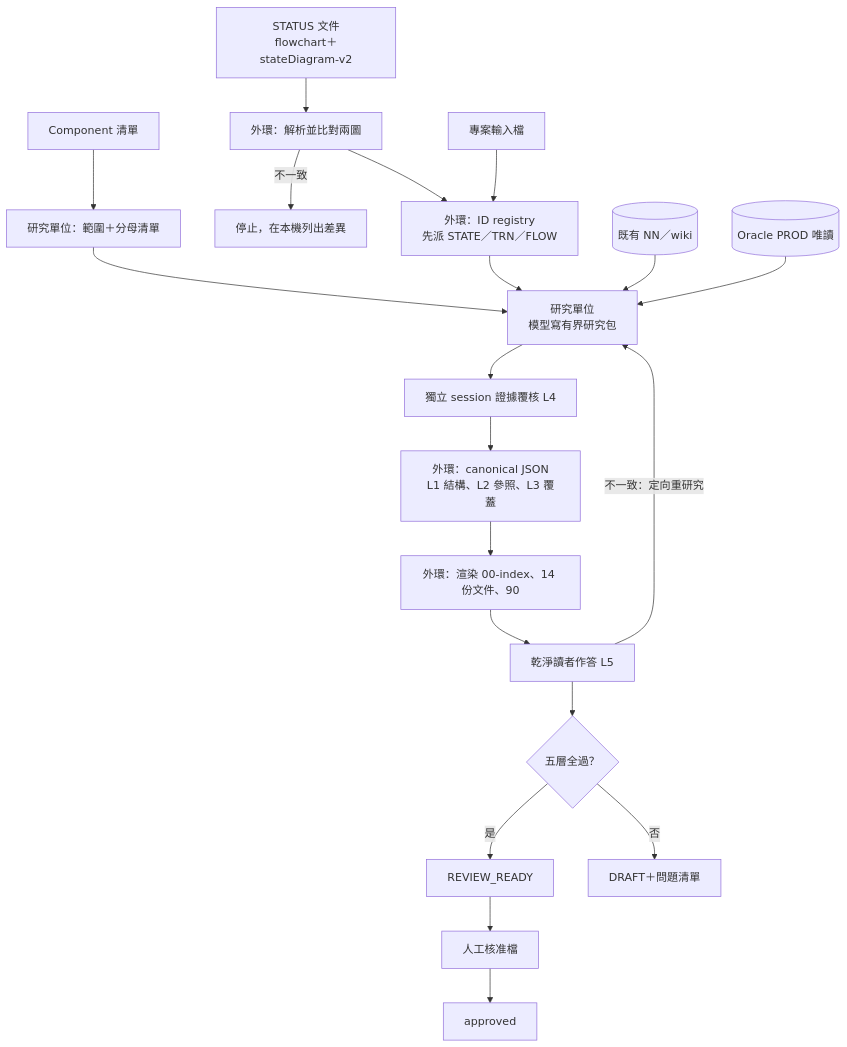
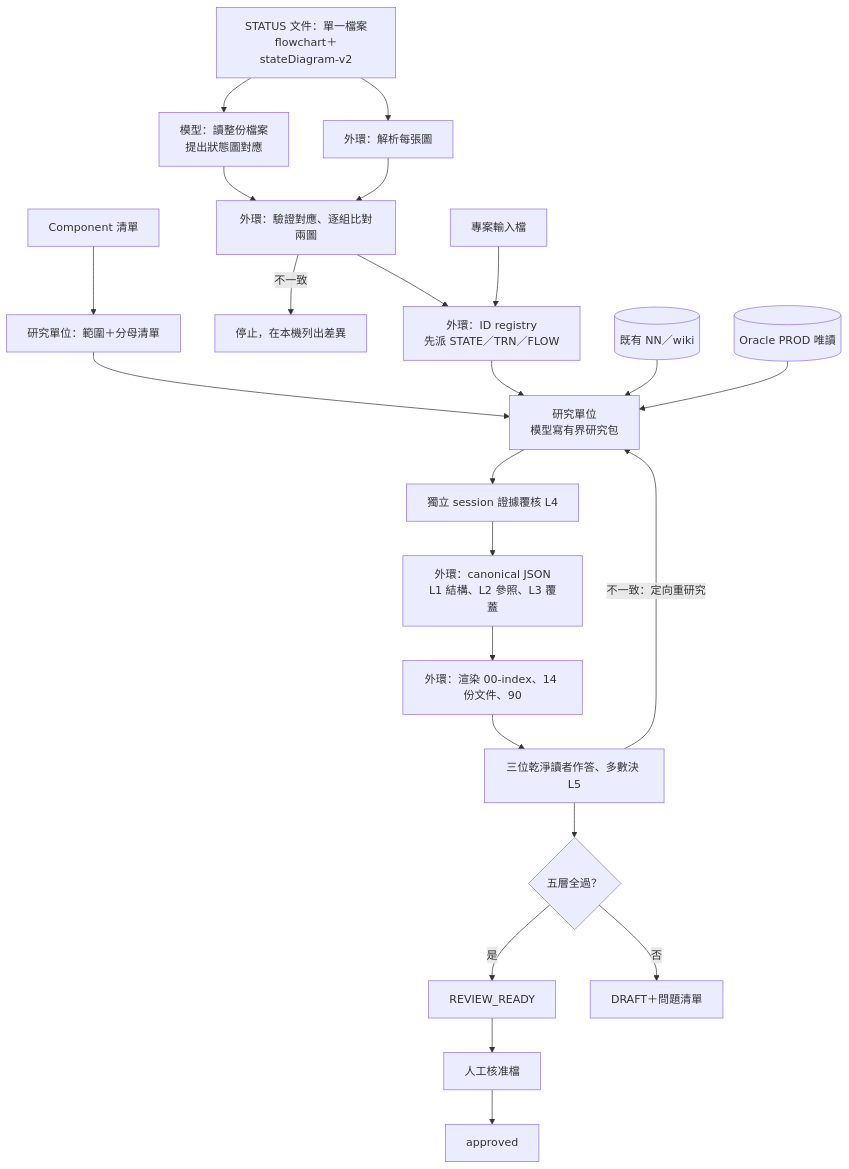
One commit to jonny50905/MCPSample changed the first of 2 diagrams in docs/design/spec-schema-framework.md. Above: the diagram before and after it, drawn with Mermaid. The commit also changed other lines of this file and 34 other files, not shown here.

````diff
--- a/docs/design/spec-schema-framework.md
+++ b/docs/design/spec-schema-framework.md
@@ -51,21 +53,24 @@
 ```mermaid
 flowchart TD
     C[Component 清單] --> SCOPE
-    S[STATUS 文件<br/>flowchart＋stateDiagram-v2] --> PARSE[外環：解析並比對兩圖]
-    PARSE -->|不一致| STOP[停止，在本機列出差異]
-    PARSE --> REG[外環：ID registry<br/>先派 STATE／TRN／FLOW]
+    S[STATUS 文件：單一檔案<br/>flowchart＋stateDiagram-v2] --> MAP[模型：讀整份檔案<br/>提出狀態圖對應]
+    S --> PARSE[外環：解析每張圖]
+    MAP --> CHECK[外環：驗證對應、逐組比對兩圖]
+    PARSE --> CHECK
+    CHECK -->|不一致| STOP[停止，在本機列出差異]
+    CHECK --> REG[外環：ID registry<br/>先派 STATE／TRN／FLOW]
     P[專案輸入檔] --> REG
     REG --> UNITS
     SCOPE[研究單位：範圍＋分母清單] --> UNITS[研究單位<br/>模型寫有界研究包]
     K[(既有 NN／wiki)] --> UNITS
     O[(Oracle PROD 唯讀)] --> UNITS
     UNITS --> REVIEW[獨立 session 證據覆核 L4]
     REVIEW --> CANON[外環：canonical JSON<br/>L1 結構、L2 參照、L3 覆蓋]
     CANON --> RENDER[外環：渲染 00-index、14 份文件、90]
-    RENDER --> READER[乾淨讀者作答 L5]
+    RENDER --> READER[三位乾淨讀者作答、多數決 L5]
     READER -->|不一致：定向重研究| UNITS
     READER --> GATE{五層全過？}
     GATE -->|是| RR[REVIEW_READY]
     GATE -->|否| DRAFT[DRAFT＋問題清單]
     RR --> HUMAN[人工核准檔] --> APPROVED[approved]
 ```
````
